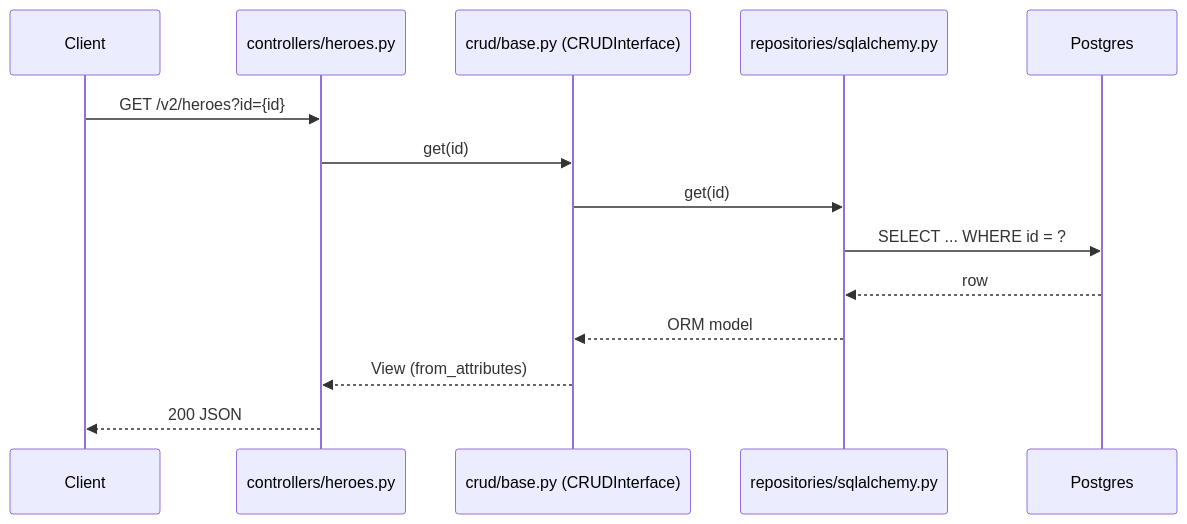
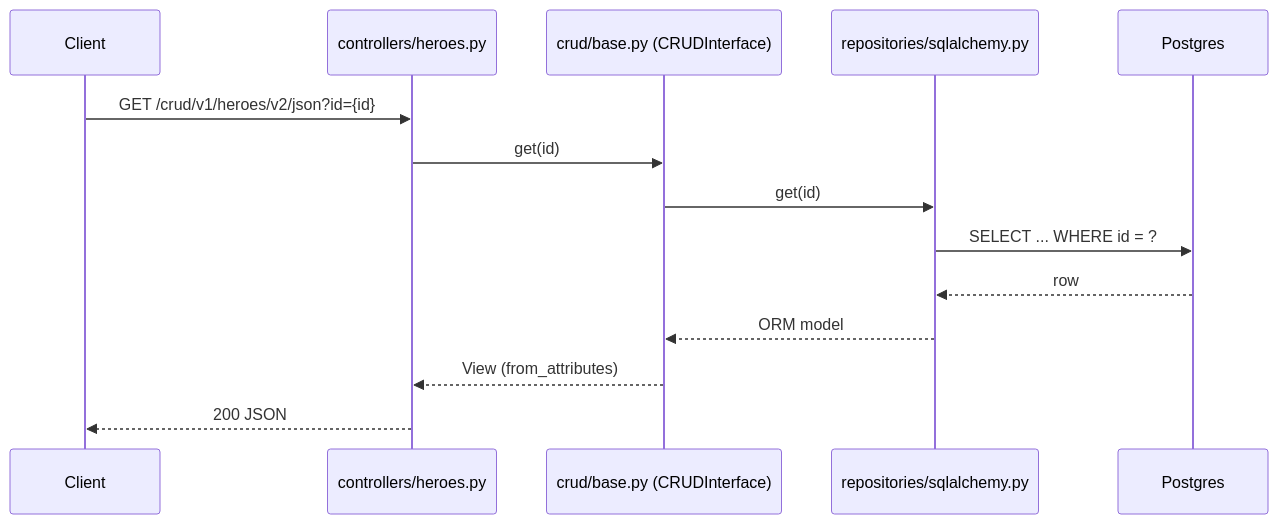
Before and after one commit to crazyracer98/template-python: the second of 2 diagrams in src/app/README.md, drawn with Mermaid. The commit also changed other lines of this file and 41 other files, not shown here.

````diff
--- a/src/app/README.md
+++ b/src/app/README.md
@@ -277,17 +279,17 @@
 ```mermaid
 sequenceDiagram
     participant Client
     participant Controller as controllers/heroes.py
     participant CRUD as crud/base.py (CRUDInterface)
     participant Repo as repositories/sqlalchemy.py
     participant DB as Postgres
 
-    Client->>Controller: GET /v2/heroes?id={id}
+    Client->>Controller: GET /crud/v1/heroes/v2/json?id={id}
     Controller->>CRUD: get(id)
     CRUD->>Repo: get(id)
     Repo->>DB: SELECT ... WHERE id = ?
     DB-->>Repo: row
     Repo-->>CRUD: ORM model
     CRUD-->>Controller: View (from_attributes)
     Controller-->>Client: 200 JSON
 ```
````
